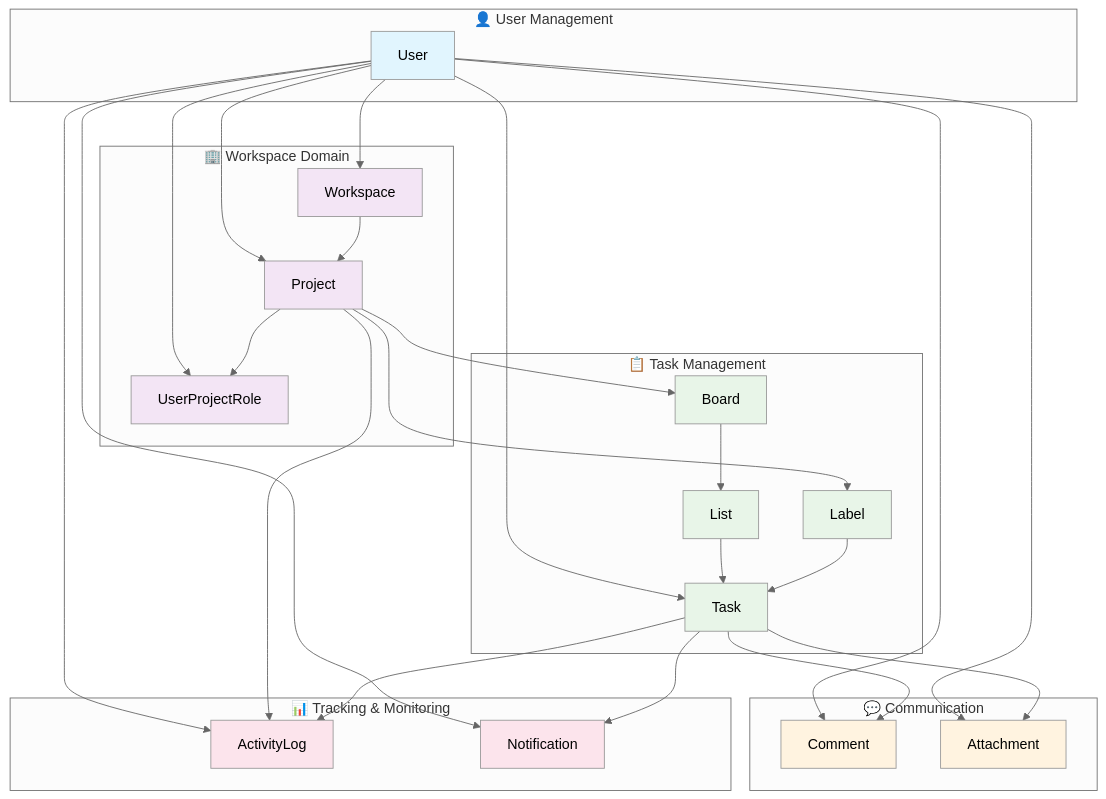
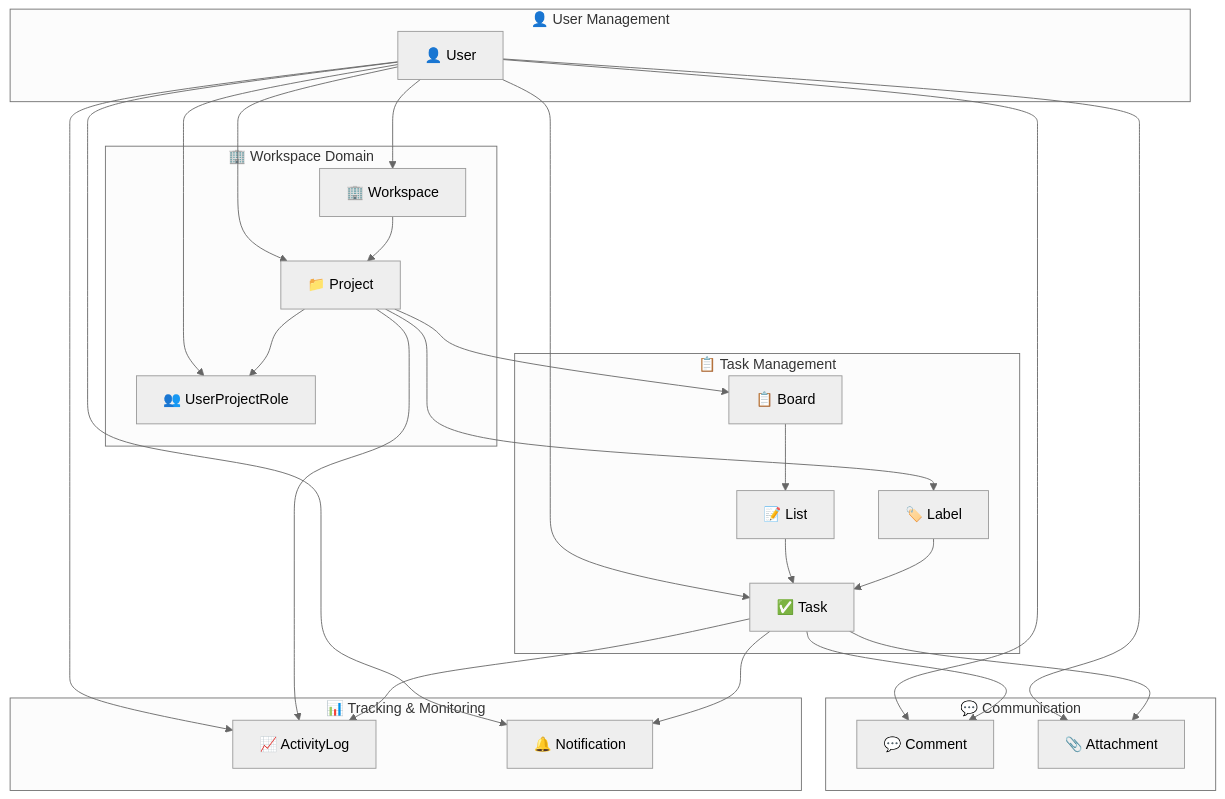
The first of 2 diagrams in task-manager/src/ERD.md (wukdddang/NestJS_Learning_Repository), drawn with Mermaid (neutral theme) before and after one commit. The commit also changed other lines of this file and 3 other files, not shown here.

Commit message:
Feat: Task Manager API 문서 및 ERD 업데이트 - Postman Collection 파일 추가: Task Manager API의 모든 엔드포인트 및 요청/응답 예시 포함 - ERD 파일에 이모지 추가 및 설명 개선 - 이벤트 기반 아키텍처 관련 문서 업데이트 및 테스트 가이드라인 추가

````diff
--- a/task-manager/src/ERD.md
+++ b/task-manager/src/ERD.md
@@ -22,67 +22,54 @@
 ```mermaid
 graph TB
     subgraph "👤 User Management"
-        U[User]
+        U["👤 User"]
     end
 
     subgraph "🏢 Workspace Domain"
-        WS[Workspace]
-        P[Project]
-        UPR[UserProjectRole]
+        WS["🏢 Workspace"]
+        P["📁 Project"]
+        UPR["👥 UserProjectRole"]
     end
 
     subgraph "📋 Task Management"
-        B[Board]
-        L[List]
-        T[Task]
-        LB[Label]
+        B["📋 Board"]
+        L["📝 List"]
+        T["✅ Task"]
+        LB["🏷️ Label"]
     end
 
     subgraph "💬 Communication"
-        C[Comment]
-        AT[Attachment]
+        C["💬 Comment"]
+        AT["📎 Attachment"]
     end
 
     subgraph "📊 Tracking & Monitoring"
-        AL[ActivityLog]
-        N[Notification]
+        AL["📈 ActivityLog"]
+        N["🔔 Notification"]
     end
 
     %% Domain connections
     U --> WS
     U --> P
     U --> T
     U --> C
     U --> AT
     U --> AL
     U --> N
     U --> UPR
 
     WS --> P
     P --> B
     P --> LB
     P --> UPR
     P --> AL
 
     B --> L
     L --> T
     T --> C
     T --> AT
     T --> AL
     T --> N
 
     LB --> T
-
-    style U fill:#e1f5fe
-    style WS fill:#f3e5f5
-    style P fill:#f3e5f5
-    style UPR fill:#f3e5f5
-    style B fill:#e8f5e8
-    style L fill:#e8f5e8
-    style T fill:#e8f5e8
-    style LB fill:#e8f5e8
-    style C fill:#fff3e0
-    style AT fill:#fff3e0
-    style AL fill:#fce4ec
-    style N fill:#fce4ec
 ```
````
